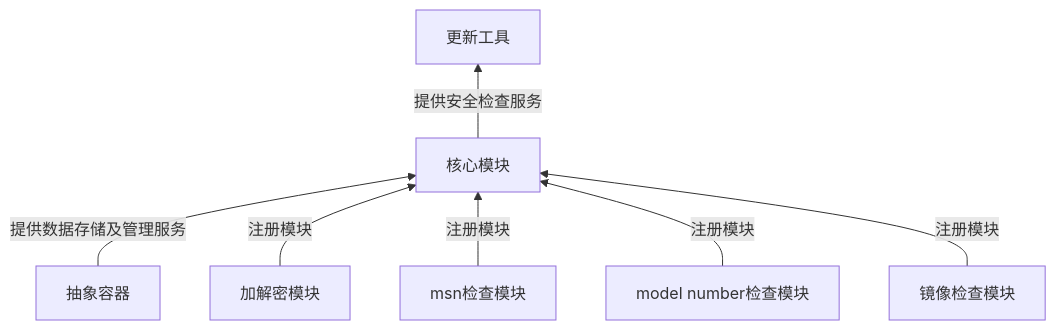
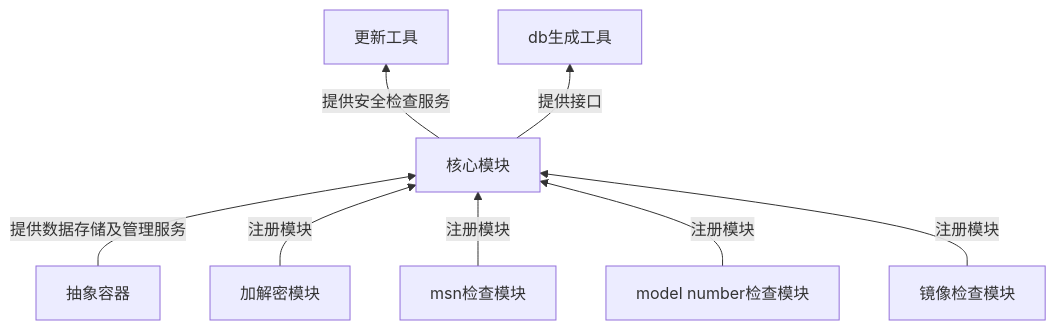
The diagram in security.md (alex1987wii/note), drawn with Mermaid before and after one commit. The commit also changed other lines of this file, not shown here.

````diff
--- a/security.md
+++ b/security.md
@@ -99,9 +141,10 @@
 ``` mermaid
 graph BT
 container[抽象容器]--提供数据存储及管理服务-->core[核心模块]
 encrypt[加解密模块]--注册模块-->core
 msn[msn检查模块]--注册模块-->core
 model[model number检查模块]--注册模块-->core
 image[镜像检查模块]--注册模块-->core
 core--提供安全检查服务-->更新工具
+core--提供接口-->db生成工具
 ```
````
